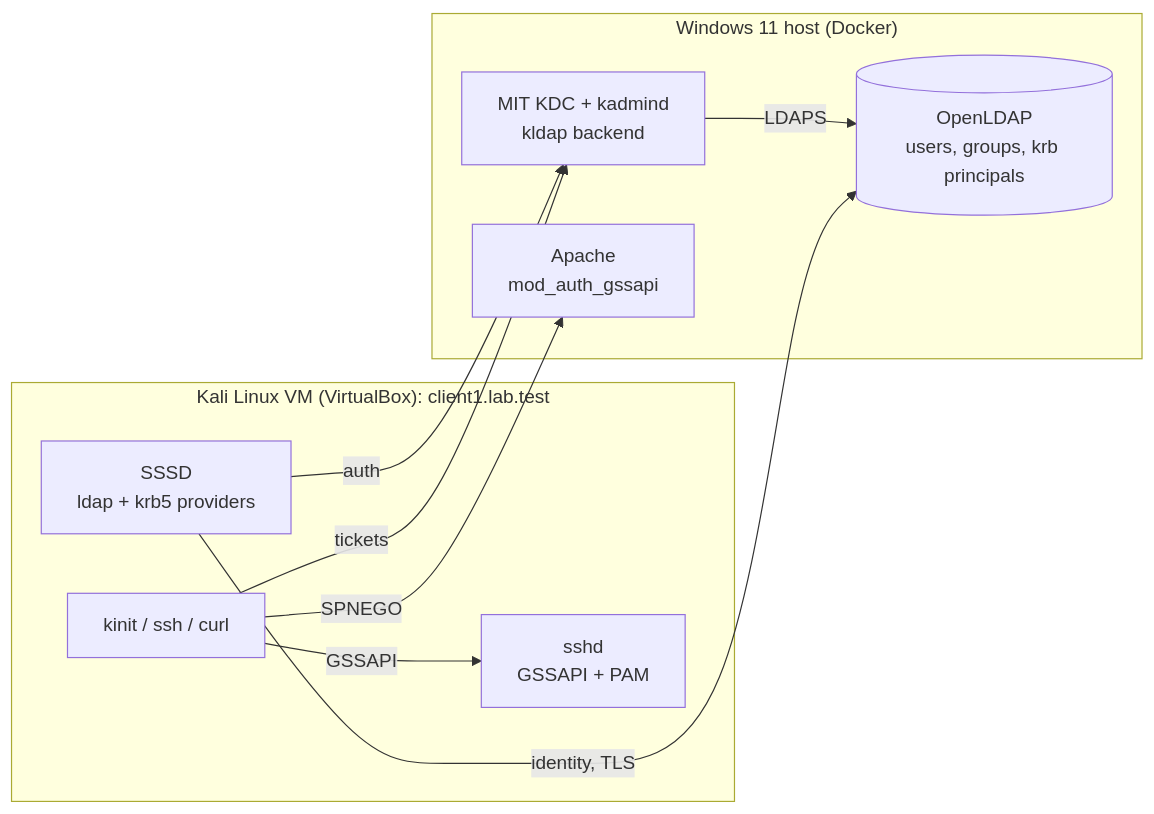
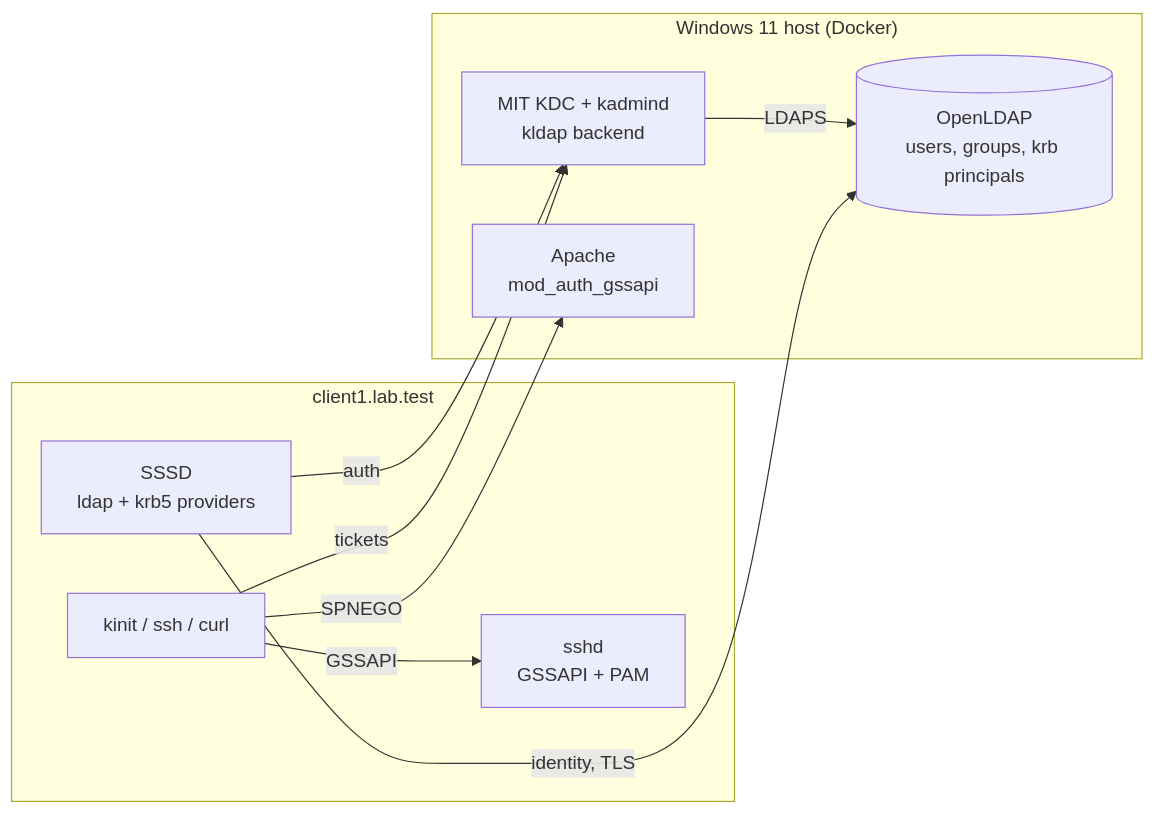
The first of 2 diagrams in README.md (Malka1206/Kerberos-Single-Sign-On-Backed-by-LDAP), drawn with Mermaid before and after one commit. The commit also changed other lines of this file and 2 other files, not shown here.

````diff
--- a/README.md
+++ b/README.md
@@ -91,19 +91,19 @@
 ```mermaid
 flowchart LR
   subgraph Host["Windows 11 host (Docker)"]
     LDAP[(OpenLDAP<br/>users, groups, krb principals)]
     KDC[MIT KDC + kadmind<br/>kldap backend]
     WEB[Apache<br/>mod_auth_gssapi]
     KDC -- LDAPS --> LDAP
   end
-  subgraph VM["Kali Linux VM (VirtualBox): client1.lab.test"]
+  subgraph VM["client1.lab.test"]
     SSSD[SSSD<br/>ldap + krb5 providers]
     SSH[sshd<br/>GSSAPI + PAM]
     CLI[kinit / ssh / curl]
   end
   SSSD -- identity, TLS --> LDAP
   SSSD -- auth --> KDC
   CLI -- tickets --> KDC
   CLI -- SPNEGO --> WEB
   CLI -- GSSAPI --> SSH
 ```
````
